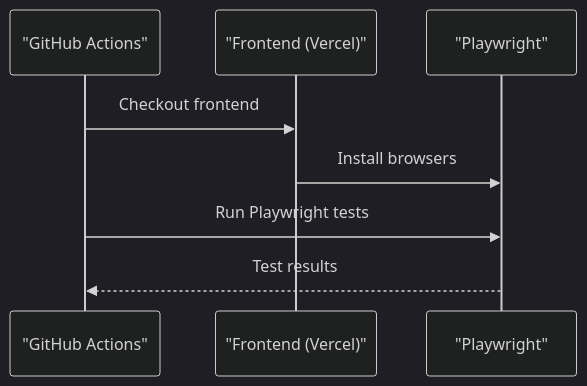
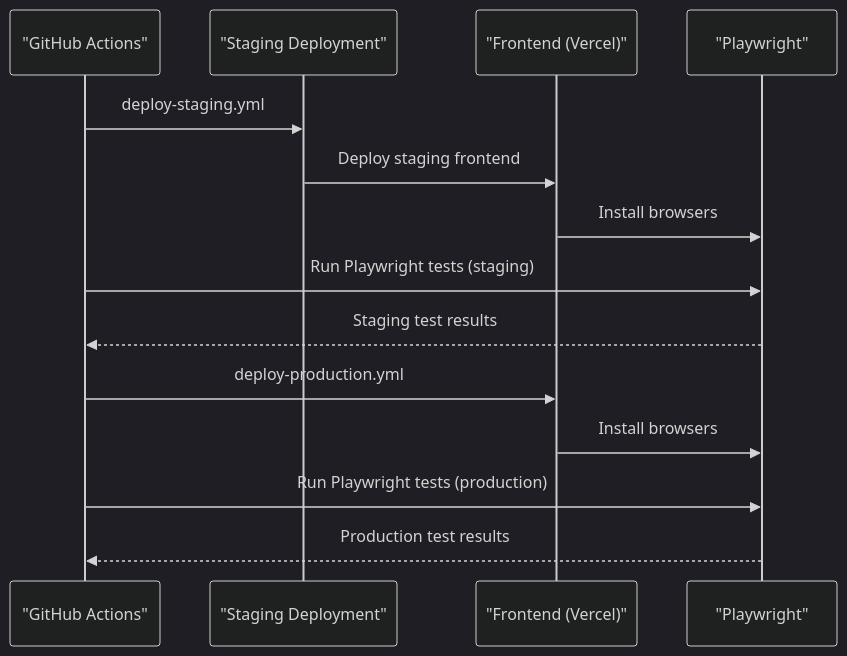
One commit to rohitkumarnaidu/-Auto-AI-Automated-Academic-Docx-Manuscript-Formatter changed the eighth of 9 diagrams in .qoder/repowiki/en/content/Deployment & Operations/CI_CD Pipeline.md. Above: the diagram before and after it, drawn with Mermaid (dark theme). The commit also changed other lines of this file and 6 other files, not shown here.

````diff
--- a/.qoder/repowiki/en/content/Deployment & Operations/CI_CD Pipeline.md
+++ b/.qoder/repowiki/en/content/Deployment & Operations/CI_CD Pipeline.md
@@ -293,10 +402,16 @@
 ```mermaid
 sequenceDiagram
 participant GH as "GitHub Actions"
+participant Stage as "Staging Deployment"
 participant FE as "Frontend (Vercel)"
 participant PW as "Playwright"
-GH->>FE : Checkout frontend
+GH->>Stage : deploy-staging.yml
+Stage->>FE : Deploy staging frontend
 FE->>PW : Install browsers
-GH->>PW : Run Playwright tests
-PW-->>GH : Test results
+GH->>PW : Run Playwright tests (staging)
+PW-->>GH : Staging test results
+GH->>FE : deploy-production.yml
+FE->>PW : Install browsers
+GH->>PW : Run Playwright tests (production)
+PW-->>GH : Production test results
 ```
````
